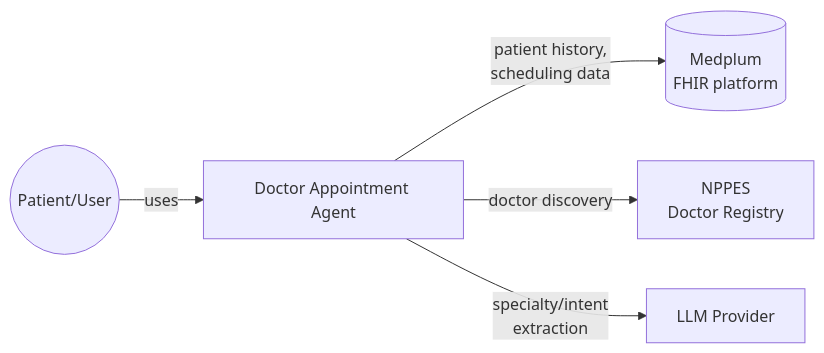
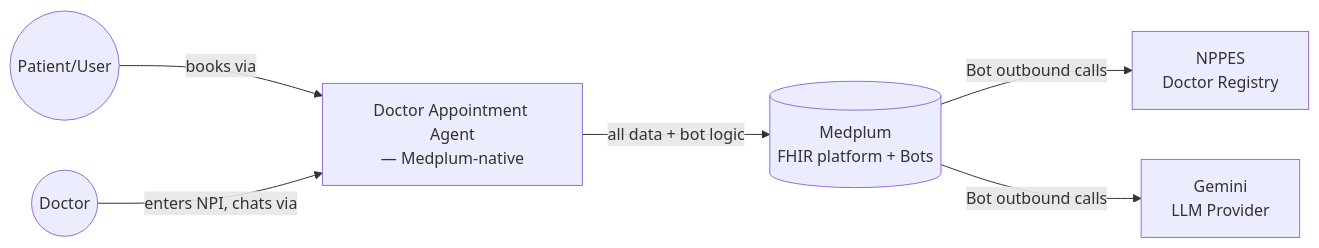
One commit to RTE404/Doctor-Appointment-Agent changed the first of 5 diagrams in docs/Doctor_Appointment_Agent_HLD.md. Above: the diagram before and after it, drawn with Mermaid. The commit also changed other lines of this file and 9 other files, not shown here.

````diff
--- a/docs/Doctor_Appointment_Agent_HLD.md
+++ b/docs/Doctor_Appointment_Agent_HLD.md
@@ -20,13 +23,15 @@
 ```mermaid
 flowchart LR
-    User((Patient/User))
-    App[Doctor Appointment Agent]
-    Medplum[(Medplum\nFHIR platform)]
+    Patient((Patient/User))
+    Doctor((Doctor))
+    App[Doctor Appointment Agent\n— Medplum-native]
+    Medplum[(Medplum\nFHIR platform + Bots)]
     NPPES[NPPES\nDoctor Registry]
-    LLMProvider[LLM Provider]
+    Gemini[Gemini\nLLM Provider]
 
-    User -->|uses| App
-    App -->|patient history,\nscheduling data| Medplum
-    App -->|doctor discovery| NPPES
-    App -->|specialty/intent\nextraction| LLMProvider
+    Patient -->|books via| App
+    Doctor -->|enters NPI, chats via| App
+    App -->|all data + bot logic| Medplum
+    Medplum -->|Bot outbound calls| NPPES
+    Medplum -->|Bot outbound calls| Gemini
 ```
````
